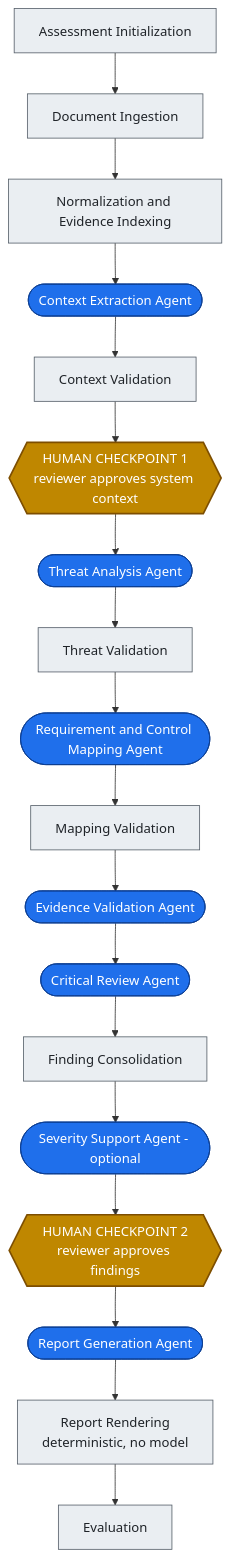
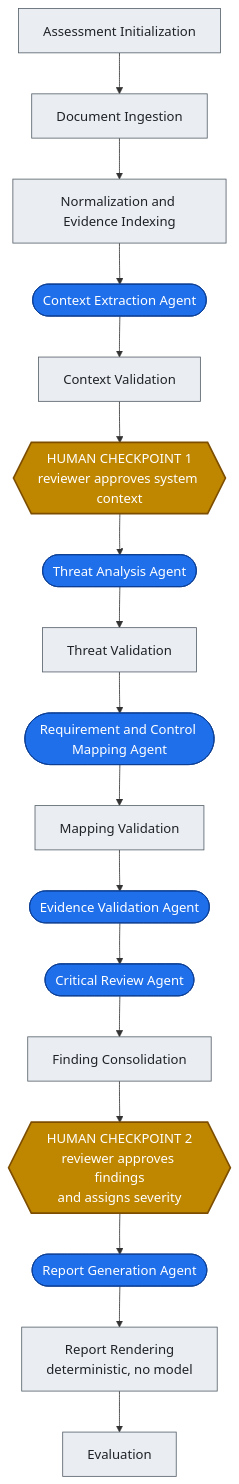
The first of 2 diagrams in README.md (ethanpturner/trace), drawn with Mermaid before and after one commit. The commit also changed other lines of this file and 8 other files, not shown here.

First line of the commit message:
Record DEC-030: the reviewer assigns severity; no seventh agent

````diff
--- a/README.md
+++ b/README.md
@@ -86,24 +86,23 @@
 ```mermaid
 flowchart TD
     A["Assessment Initialization"]:::det --> B["Document Ingestion"]:::det
     B --> C["Normalization and Evidence Indexing"]:::det
     C --> D(["Context Extraction Agent"]):::ai
     D --> E["Context Validation"]:::det
     E --> H1{{"HUMAN CHECKPOINT 1<br/>reviewer approves system context"}}:::human
     H1 --> F(["Threat Analysis Agent"]):::ai
     F --> G["Threat Validation"]:::det
     G --> I(["Requirement and Control Mapping Agent"]):::ai
     I --> J["Mapping Validation"]:::det
     J --> K(["Evidence Validation Agent"]):::ai
     K --> L(["Critical Review Agent"]):::ai
     L --> M["Finding Consolidation"]:::det
-    M --> N(["Severity Support Agent - optional"]):::ai
-    N --> H2{{"HUMAN CHECKPOINT 2<br/>reviewer approves findings"}}:::human
+    M --> H2{{"HUMAN CHECKPOINT 2<br/>reviewer approves findings<br/>and assigns severity"}}:::human
     H2 --> O(["Report Generation Agent"]):::ai
     O --> P["Report Rendering<br/>deterministic, no model"]:::det
     P --> Q["Evaluation"]:::det
 
     classDef ai fill:#1f6feb,stroke:#0b3d91,stroke-width:1px,color:#ffffff
     classDef det fill:#eaeef2,stroke:#57606a,stroke-width:1px,color:#1f2328
     classDef human fill:#bf8700,stroke:#7d4e00,stroke-width:2px,color:#ffffff
 ```
````
